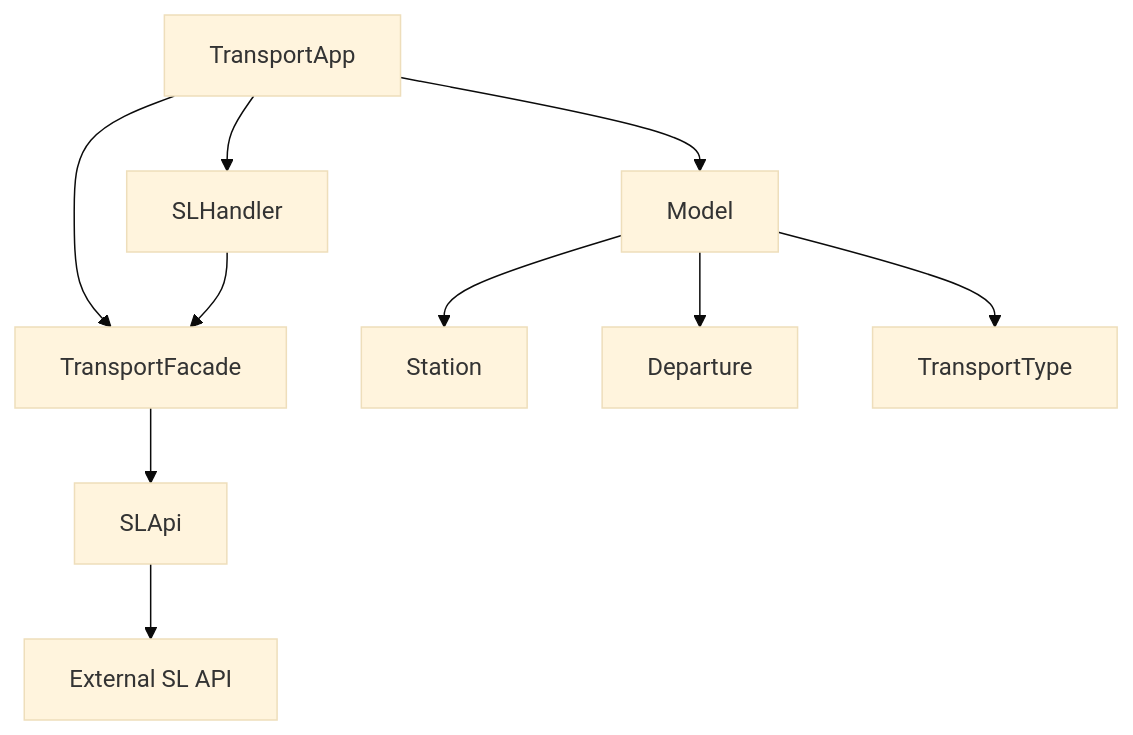
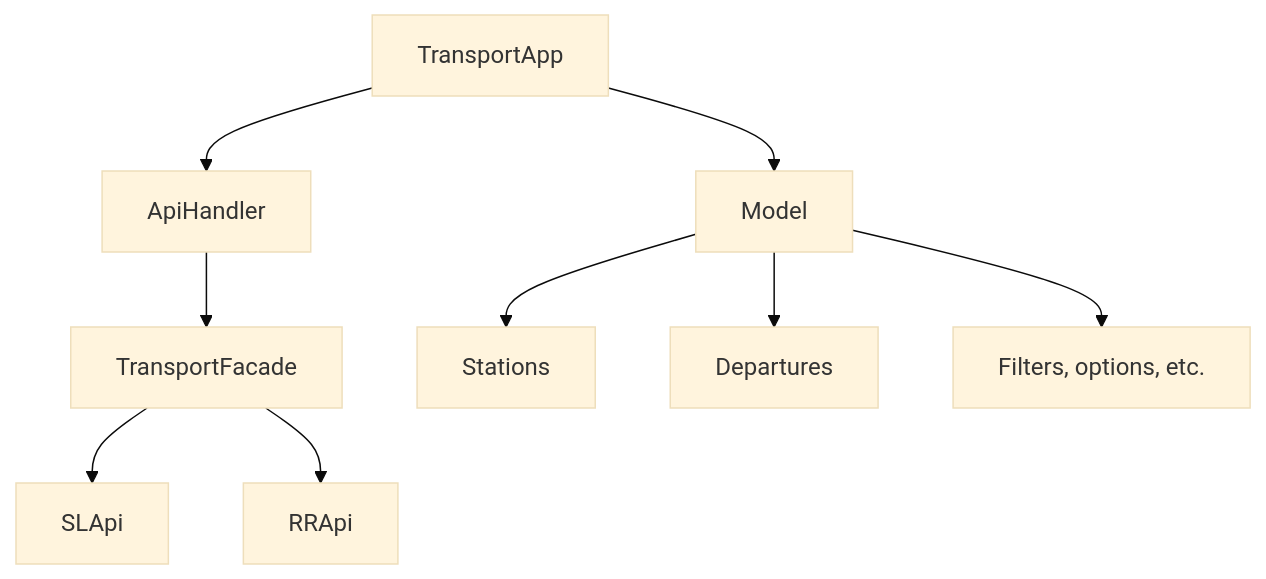
Before and after one commit to nicola-ferrarese/Tyrian-Timetable: the second of 4 diagrams in docs/docs/tutorial-basics/architectural_design.md, drawn with Mermaid (base theme). The commit also changed other lines of this file and 7 other files, not shown here.

````diff
--- a/docs/docs/tutorial-basics/architectural_design.md
+++ b/docs/docs/tutorial-basics/architectural_design.md
@@ -33,12 +64,12 @@
 ```mermaid
 graph TD
     A[TransportApp] --> B[Model]
-    A --> C[SLHandler]
-    A --> D[TransportFacade]
-    C --> D
+    C[ApiHandler]
+    A --> C
+    C --> D[TransportFacade]
     D --> E[SLApi]
-    E --> F[External SL API]
-    B --> G[Station]
-    B --> H[Departure]
-    B --> I[TransportType]
+    D --> L[RRApi]
+    B --> G[Stations]
+    B --> H[Departures]
+    B --> I[Filters, options, etc.]
 ```
````
